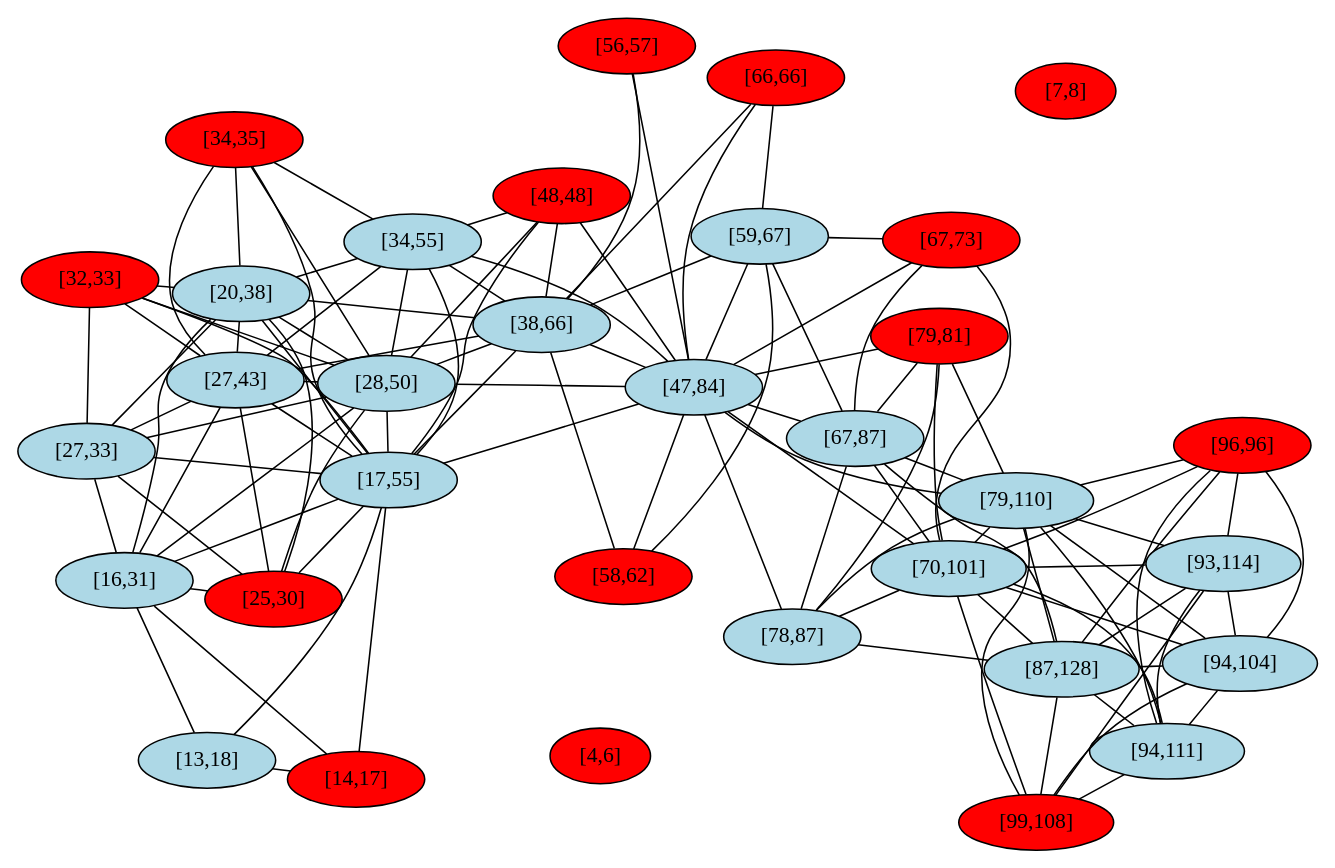
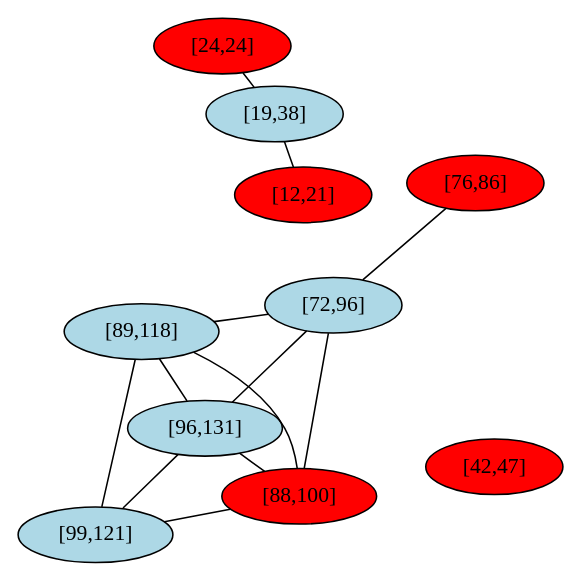
One commit to atotgerman/DUE_Fscharp changed the diagram in intervallumgraf.dot. Above: the diagram before and after it, drawn with Graphviz. The commit also changed 2 other files, not shown here.

```diff
--- a/intervallumgraf.dot
+++ b/intervallumgraf.dot
@@ -1,150 +1,27 @@
 graph G {
   layout=neato;
   overlap=false;
   splines=true;
-  1 [label="[28,50]", style=filled, fillcolor=lightblue];
-  2 [label="[66,66]", style=filled, fillcolor=red];
-  3 [label="[27,43]", style=filled, fillcolor=lightblue];
-  4 [label="[79,81]", style=filled, fillcolor=red];
-  5 [label="[38,66]", style=filled, fillcolor=lightblue];
-  6 [label="[87,128]", style=filled, fillcolor=lightblue];
-  7 [label="[14,17]", style=filled, fillcolor=red];
-  8 [label="[96,96]", style=filled, fillcolor=red];
-  9 [label="[70,101]", style=filled, fillcolor=lightblue];
-  10 [label="[25,30]", style=filled, fillcolor=red];
-  11 [label="[94,111]", style=filled, fillcolor=lightblue];
-  12 [label="[20,38]", style=filled, fillcolor=lightblue];
-  13 [label="[79,110]", style=filled, fillcolor=lightblue];
-  14 [label="[47,84]", style=filled, fillcolor=lightblue];
-  15 [label="[7,8]", style=filled, fillcolor=red];
-  16 [label="[93,114]", style=filled, fillcolor=lightblue];
-  17 [label="[94,104]", style=filled, fillcolor=lightblue];
-  18 [label="[78,87]", style=filled, fillcolor=lightblue];
-  19 [label="[67,73]", style=filled, fillcolor=red];
-  20 [label="[4,6]", style=filled, fillcolor=red];
-  21 [label="[13,18]", style=filled, fillcolor=lightblue];
-  22 [label="[48,48]", style=filled, fillcolor=red];
-  23 [label="[17,55]", style=filled, fillcolor=lightblue];
-  24 [label="[27,33]", style=filled, fillcolor=lightblue];
-  25 [label="[67,87]", style=filled, fillcolor=lightblue];
-  26 [label="[56,57]", style=filled, fillcolor=red];
-  27 [label="[34,55]", style=filled, fillcolor=lightblue];
-  28 [label="[58,62]", style=filled, fillcolor=red];
-  29 [label="[32,33]", style=filled, fillcolor=red];
-  30 [label="[59,67]", style=filled, fillcolor=lightblue];
-  31 [label="[99,108]", style=filled, fillcolor=red];
-  32 [label="[16,31]", style=filled, fillcolor=lightblue];
-  33 [label="[34,35]", style=filled, fillcolor=red];
+  1 [label="[96,131]", style=filled, fillcolor=lightblue];
+  2 [label="[88,100]", style=filled, fillcolor=red];
+  3 [label="[99,121]", style=filled, fillcolor=lightblue];
+  4 [label="[24,24]", style=filled, fillcolor=red];
+  5 [label="[89,118]", style=filled, fillcolor=lightblue];
+  6 [label="[42,47]", style=filled, fillcolor=red];
+  7 [label="[19,38]", style=filled, fillcolor=lightblue];
+  8 [label="[76,86]", style=filled, fillcolor=red];
+  9 [label="[72,96]", style=filled, fillcolor=lightblue];
+  10 [label="[12,21]", style=filled, fillcolor=red];
+  1 -- 2;
   1 -- 3;
   1 -- 5;
-  1 -- 10;
-  1 -- 12;
-  1 -- 14;
-  1 -- 22;
-  1 -- 23;
-  1 -- 24;
-  1 -- 27;
-  1 -- 29;
-  1 -- 32;
-  1 -- 33;
+  1 -- 9;
+  2 -- 3;
   2 -- 5;
-  2 -- 14;
-  2 -- 30;
+  2 -- 9;
   3 -- 5;
-  3 -- 10;
-  3 -- 12;
-  3 -- 23;
-  3 -- 24;
-  3 -- 27;
-  3 -- 29;
-  3 -- 32;
-  3 -- 33;
-  4 -- 9;
-  4 -- 13;
-  4 -- 14;
-  4 -- 18;
-  4 -- 25;
-  5 -- 12;
-  5 -- 14;
-  5 -- 22;
-  5 -- 23;
-  5 -- 26;
-  5 -- 27;
-  5 -- 28;
-  5 -- 30;
-  6 -- 8;
-  6 -- 9;
-  6 -- 11;
-  6 -- 13;
-  6 -- 16;
-  6 -- 17;
-  6 -- 18;
-  6 -- 25;
-  6 -- 31;
-  7 -- 21;
-  7 -- 23;
-  7 -- 32;
+  4 -- 7;
+  5 -- 9;
+  7 -- 10;
   8 -- 9;
-  8 -- 11;
-  8 -- 13;
-  8 -- 16;
-  8 -- 17;
-  9 -- 11;
-  9 -- 13;
-  9 -- 14;
-  9 -- 16;
-  9 -- 17;
-  9 -- 18;
-  9 -- 19;
-  9 -- 25;
-  9 -- 31;
-  10 -- 12;
-  10 -- 23;
-  10 -- 24;
-  10 -- 32;
-  11 -- 13;
-  11 -- 16;
-  11 -- 17;
-  11 -- 31;
-  12 -- 23;
-  12 -- 24;
-  12 -- 27;
-  12 -- 29;
-  12 -- 32;
-  12 -- 33;
-  13 -- 14;
-  13 -- 16;
-  13 -- 17;
-  13 -- 18;
-  13 -- 25;
-  13 -- 31;
-  14 -- 18;
-  14 -- 19;
-  14 -- 22;
-  14 -- 23;
-  14 -- 25;
-  14 -- 26;
-  14 -- 27;
-  14 -- 28;
-  14 -- 30;
-  16 -- 17;
-  16 -- 31;
-  17 -- 31;
-  18 -- 25;
-  19 -- 25;
-  19 -- 30;
-  21 -- 23;
-  21 -- 32;
-  22 -- 23;
-  22 -- 27;
-  23 -- 24;
-  23 -- 27;
-  23 -- 29;
-  23 -- 32;
-  23 -- 33;
-  24 -- 29;
-  24 -- 32;
-  25 -- 30;
-  27 -- 33;
-  28 -- 30;
 }
```
